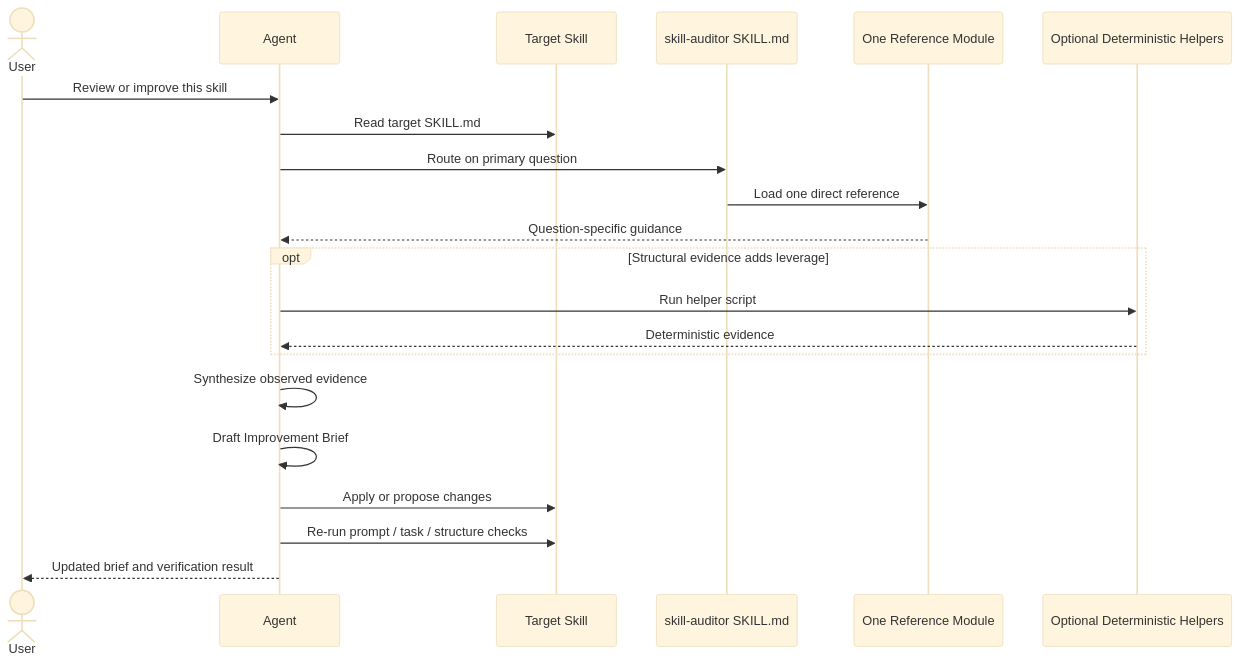
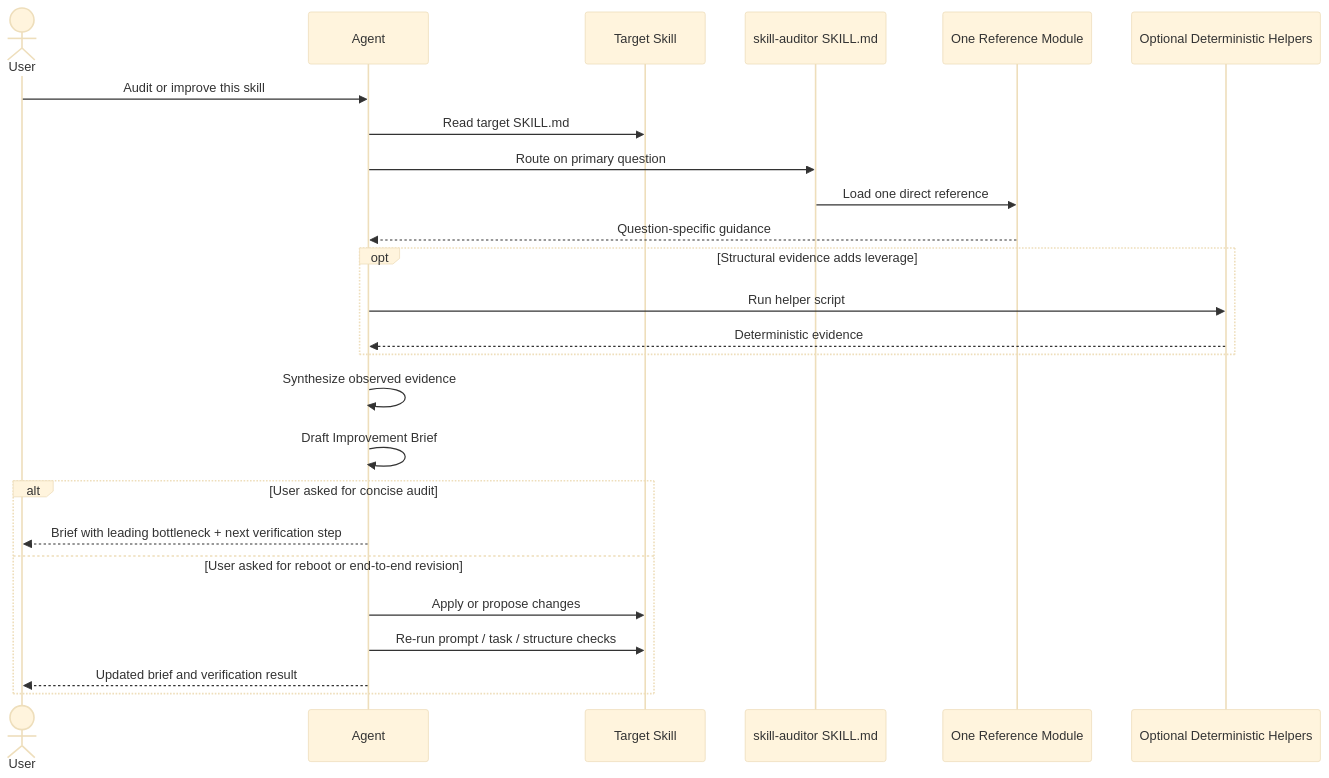
The diagram in skills/skill-auditor/context/03-improvement-loop.md (DevGuyRash/agent-tooling), drawn with Mermaid (base theme) before and after one commit. The commit also changed 8 other files, not shown here.

Commit message:
refactor(skill-auditor): tighten audit workflow

````diff
--- a/skills/skill-auditor/context/03-improvement-loop.md
+++ b/skills/skill-auditor/context/03-improvement-loop.md
@@ -3,26 +3,30 @@
 ```mermaid
 sequenceDiagram
     actor User
     participant Agent
     participant Target as Target Skill
     participant Router as skill-auditor SKILL.md
     participant Ref as One Reference Module
     participant Helpers as Optional Deterministic Helpers
 
-    User->>Agent: Review or improve this skill
+    User->>Agent: Audit or improve this skill
     Agent->>Target: Read target SKILL.md
     Agent->>Router: Route on primary question
     Router->>Ref: Load one direct reference
     Ref-->>Agent: Question-specific guidance
 
     opt Structural evidence adds leverage
         Agent->>Helpers: Run helper script
         Helpers-->>Agent: Deterministic evidence
     end
 
     Agent->>Agent: Synthesize observed evidence
     Agent->>Agent: Draft Improvement Brief
-    Agent->>Target: Apply or propose changes
-    Agent->>Target: Re-run prompt / task / structure checks
-    Agent-->>User: Updated brief and verification result
+    alt User asked for concise audit
+        Agent-->>User: Brief with leading bottleneck + next verification step
+    else User asked for reboot or end-to-end revision
+        Agent->>Target: Apply or propose changes
+        Agent->>Target: Re-run prompt / task / structure checks
+        Agent-->>User: Updated brief and verification result
+    end
 ```
````
